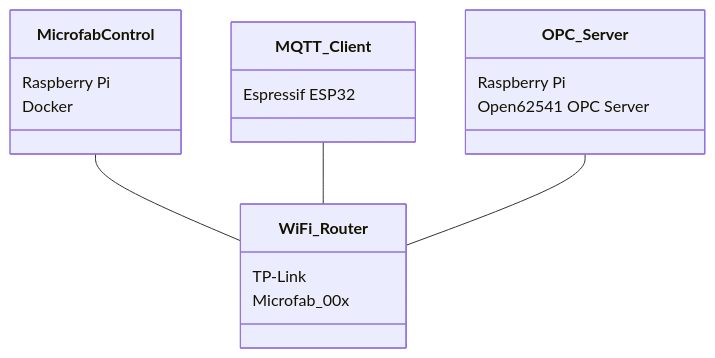
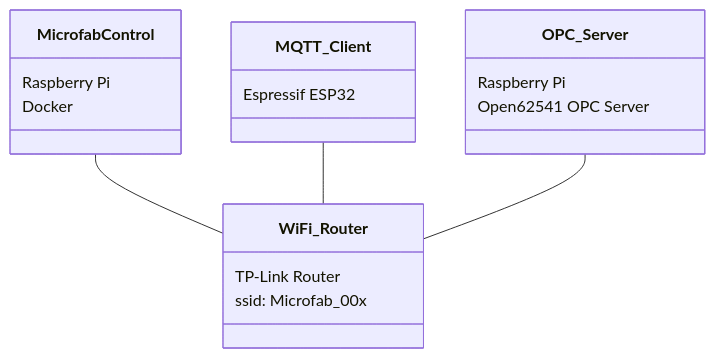
The first of 2 diagrams in README.md (Campus-Schwarzwald/microfab), drawn with Mermaid before and after one commit. The commit also changed other lines of this file, not shown here.

````diff
--- a/README.md
+++ b/README.md
@@ -5,24 +5,23 @@
 ```mermaid
   classDiagram
       MicrofabControl -- WiFi_Router
       MQTT_Client -- WiFi_Router
       OPC_Server -- WiFi_Router
 
       class MicrofabControl{
           Raspberry Pi
           Docker
       }
       class WiFi_Router{
-          TP-Link
-          Microfab_00x
+          TP-Link Router
+          ssid: Microfab_00x
       }
       class MQTT_Client{
           Espressif ESP32
       }
       class OPC_Server{
           Raspberry Pi
           Open62541 OPC Server      
       }
       
-      
 ```
````
